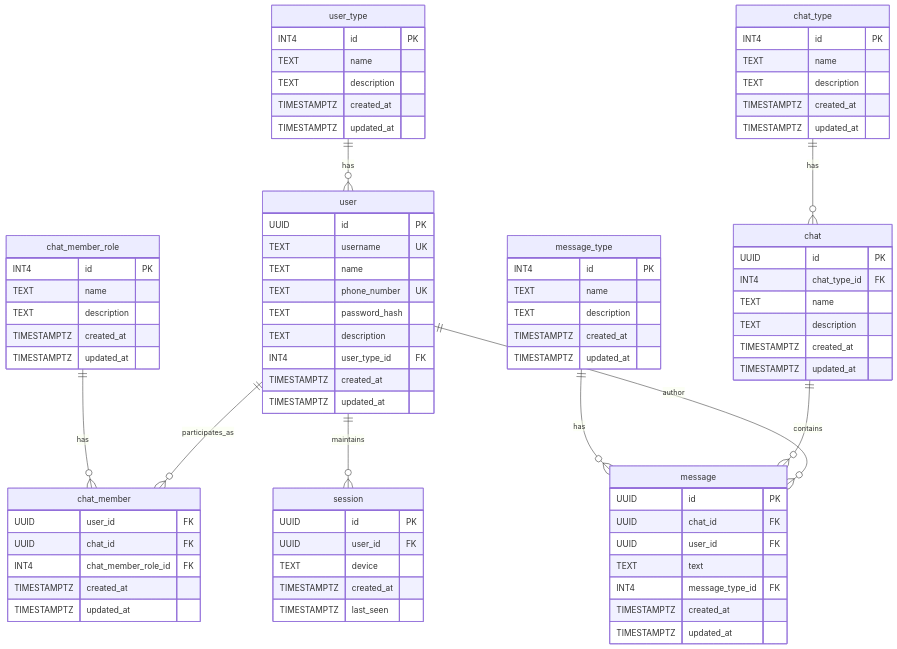
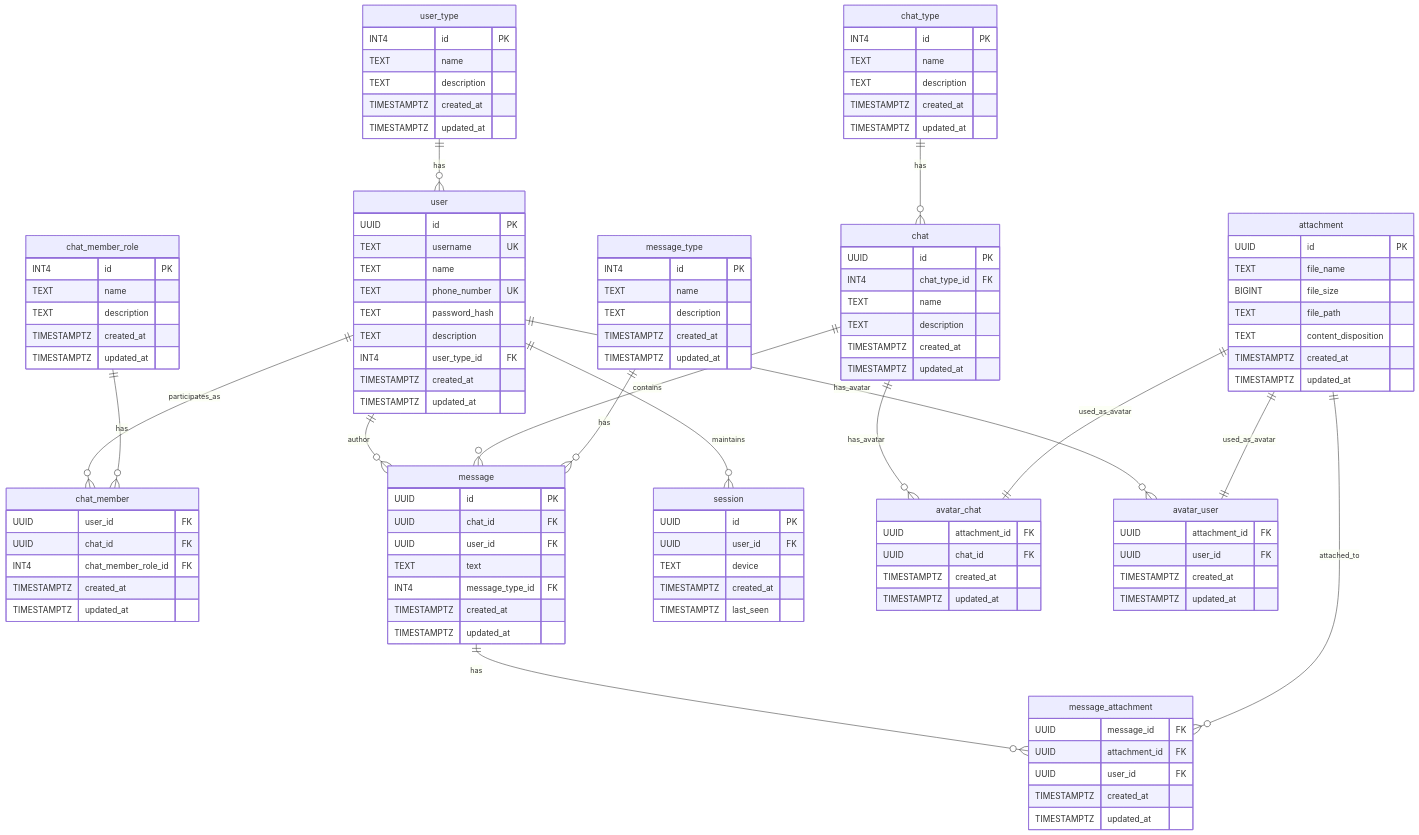
Before and after one commit to go-park-mail-ru/2025_2_Undefined: the diagram in db/normalized/relations.md, drawn with Mermaid. The commit also changed other lines of this file and 3 other files, not shown here.

````diff
--- a/db/normalized/relations.md
+++ b/db/normalized/relations.md
@@ -146,6 +182,7 @@
         TIMESTAMPTZ created_at
         TIMESTAMPTZ updated_at
     }
+
     message_type{
         INT4 id PK
         TEXT name
@@ -162,13 +199,50 @@
         TIMESTAMPTZ last_seen
     }
 
+    attachment {
+        UUID id PK
+        TEXT file_name
+        BIGINT file_size
+        TEXT file_path
+        TEXT content_disposition
+        TIMESTAMPTZ created_at
+        TIMESTAMPTZ updated_at
+    }
+
+    avatar_chat {
+        UUID attachment_id FK
+        UUID chat_id FK
+        TIMESTAMPTZ created_at
+        TIMESTAMPTZ updated_at
+    }
+
+    avatar_user {
+        UUID attachment_id FK
+        UUID user_id FK
+        TIMESTAMPTZ created_at
+        TIMESTAMPTZ updated_at
+    }
+
+    message_attachment {
+        UUID message_id FK
+        UUID attachment_id FK
+        UUID user_id FK
+        TIMESTAMPTZ created_at
+        TIMESTAMPTZ updated_at
+    }
+
     user ||--o{ chat_member : "participates_as"
     user ||--o{ message : "author"
     user ||--o{ session : "maintains"
+    user ||--o{ avatar_user : "has_avatar"
     chat ||--o{ message : "contains"
+    chat ||--o{ avatar_chat : "has_avatar"
     user_type ||--o{ user : "has"
     chat_type ||--o{ chat : "has" 
     chat_member_role ||--o{ chat_member : "has"
     message_type ||--o{ message : "has"
-
+    message ||--o{ message_attachment : "has"
+    attachment ||--o{ message_attachment : "attached_to"
+    attachment ||--|| avatar_user : "used_as_avatar"
+    attachment ||--|| avatar_chat : "used_as_avatar"
 ```
````
